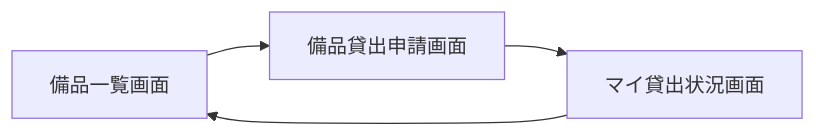
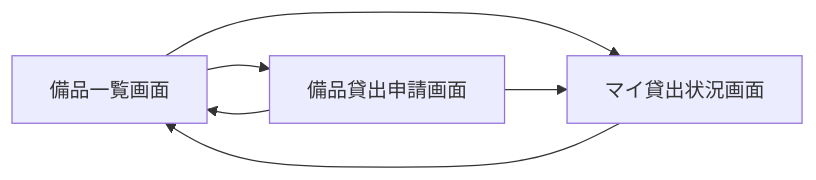
Before and after one commit to amera-pino/asset-flow-portfolio: the first of 2 diagrams in README.md, drawn with Mermaid.

Commit message:
READMEの画面遷移図を補完

````diff
--- a/README.md
+++ b/README.md
@@ -28,6 +28,8 @@
 ```mermaid
 flowchart LR
     A["備品一覧画面"] --> B["備品貸出申請画面"]
+    A --> C["マイ貸出状況画面"]
     B --> C["マイ貸出状況画面"]
+    B --> A
     C --> A
 ```
````
